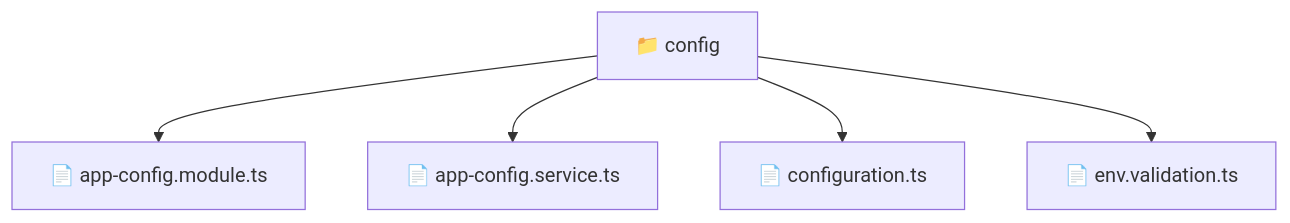
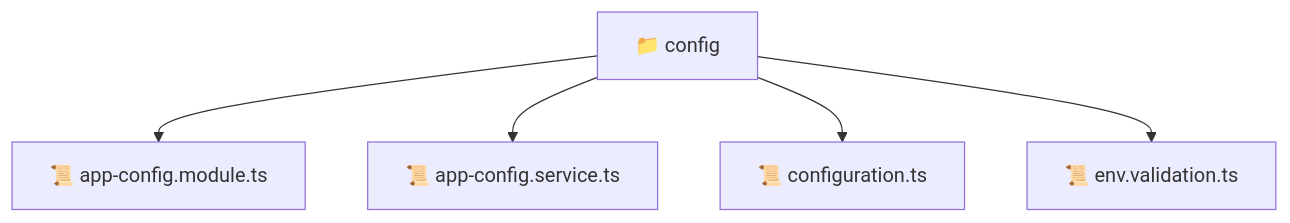
The diagram in backend/src/common/config/README.md (beginwebdev2002/fullstack-mavluda), drawn with Mermaid before and after one commit. The commit also changed other lines of this file and 163 other files, not shown here.

````diff
--- a/backend/src/common/config/README.md
+++ b/backend/src/common/config/README.md
@@ -9,8 +9,8 @@
 ```mermaid
 graph TD
-  Root["📁 config"]
-  Root --> app_config_module_ts["📄 app-config.module.ts"]
-  Root --> app_config_service_ts["📄 app-config.service.ts"]
-  Root --> configuration_ts["📄 configuration.ts"]
-  Root --> env_validation_ts["📄 env.validation.ts"]
+  config["📁 config"]
+  config --> app_config_module_ts["📜 app-config.module.ts"]
+  config --> app_config_service_ts["📜 app-config.service.ts"]
+  config --> configuration_ts["📜 configuration.ts"]
+  config --> env_validation_ts["📜 env.validation.ts"]
 ```
````
